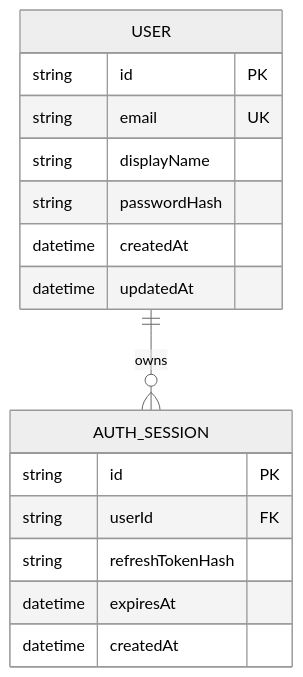
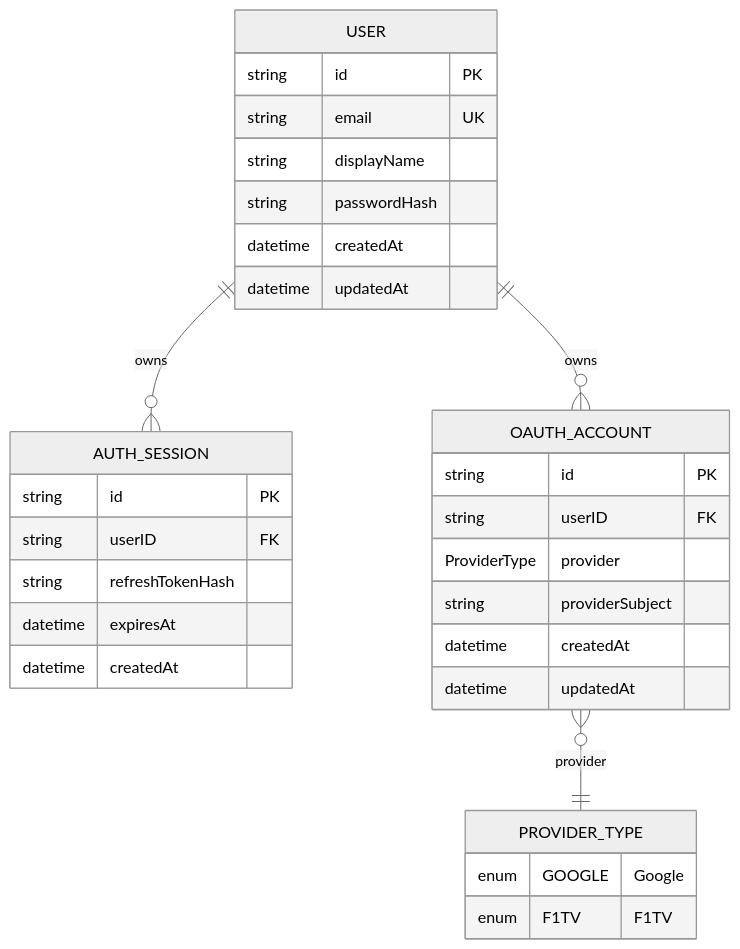
Before and after one commit to OverDrive-Motorsports/OD_Backend: the diagram in services/auth-service/doc/db/database-diagram.mmd, drawn with Mermaid (neutral theme).

Commit message:
feat(Docs): Updated database diagram

```diff
--- a/services/auth-service/doc/db/database-diagram.mmd
+++ b/services/auth-service/doc/db/database-diagram.mmd
@@ -1,19 +1,35 @@
 erDiagram
     USER {
         string id PK
         string email UK
         string displayName
         string passwordHash
         datetime createdAt
         datetime updatedAt
     }
 
     AUTH_SESSION {
         string id PK
-        string userId FK
+        string userID FK
         string refreshTokenHash
         datetime expiresAt
         datetime createdAt
     }
 
+    OAUTH_ACCOUNT {
+        string id PK
+        string userID FK
+        ProviderType provider
+        string providerSubject
+        datetime createdAt
+        datetime updatedAt
+    }
+
+    PROVIDER_TYPE {
+        enum GOOGLE "Google"
+        enum F1TV "F1TV"
+    }
+
     USER ||--o{ AUTH_SESSION : owns
+    USER ||--o{ OAUTH_ACCOUNT : owns
+    OAUTH_ACCOUNT }o--|| PROVIDER_TYPE : provider
```
